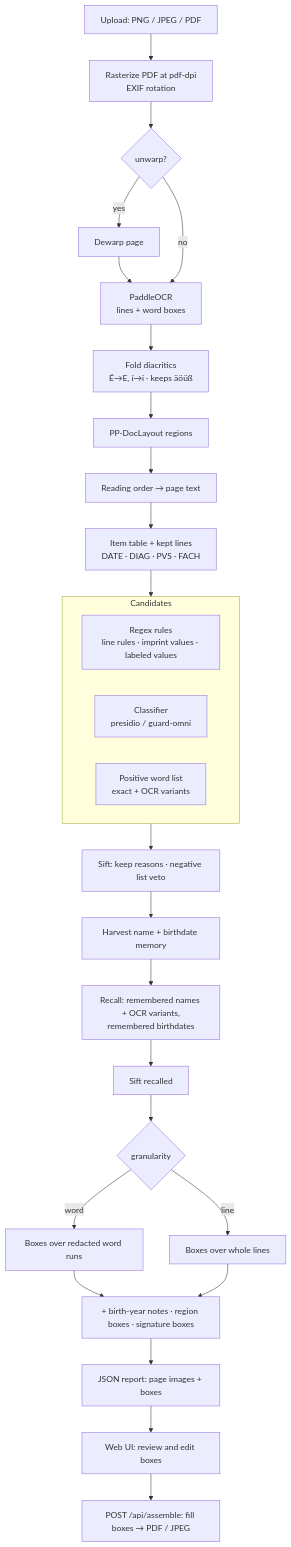
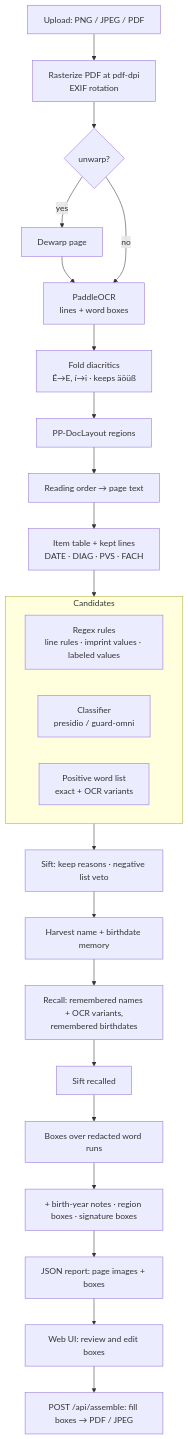
Before and after one commit to krausest/pii-redact-german-invoice: the diagram in docs/FLOW.md, drawn with Mermaid. The commit also changed 32 other files, not shown here.

````diff
--- a/docs/FLOW.md
+++ b/docs/FLOW.md
@@ -6,29 +6,26 @@
 ```mermaid
 flowchart TD
     IN["Upload: PNG / JPEG / PDF"] --> RAS["Rasterize PDF at pdf-dpi<br/>EXIF rotation"]
     RAS --> UNW{"unwarp?"}
     UNW -- yes --> DEW["Dewarp page"] --> OCR
     UNW -- no --> OCR
     OCR["PaddleOCR<br/>lines + word boxes"] --> FOLD["Fold diacritics<br/>É→E, í→i · keeps äöüß"]
     FOLD --> LAY["PP-DocLayout regions"]
     LAY --> ORD["Reading order → page text"]
     ORD --> KEEP["Item table + kept lines<br/>DATE · DIAG · PVS · FACH"]
     KEEP --> DET
     subgraph DET ["Candidates"]
         RULES["Regex rules<br/>line rules · imprint values · labeled values"]
         CLS["Classifier<br/>presidio / guard-omni"]
         POS["Positive word list<br/>exact + OCR variants"]
     end
     DET --> SIFT["Sift: keep reasons · negative list veto"]
     SIFT --> HARV["Harvest name + birthdate memory"]
     HARV --> REC["Recall: remembered names + OCR variants,<br/>remembered birthdates"]
     REC --> SIFT2["Sift recalled"]
-    SIFT2 --> GRAN{"granularity"}
-    GRAN -- word --> WB["Boxes over redacted word runs"]
-    GRAN -- line --> LB["Boxes over whole lines"]
+    SIFT2 --> WB["Boxes over redacted word runs"]
     WB --> EXTRA["+ birth-year notes · region boxes · signature boxes"]
-    LB --> EXTRA
     EXTRA --> REP["JSON report: page images + boxes"]
     REP --> UI["Web UI: review and edit boxes"]
     UI --> ASM["POST /api/assemble: fill boxes → PDF / JPEG"]
 ```
````
